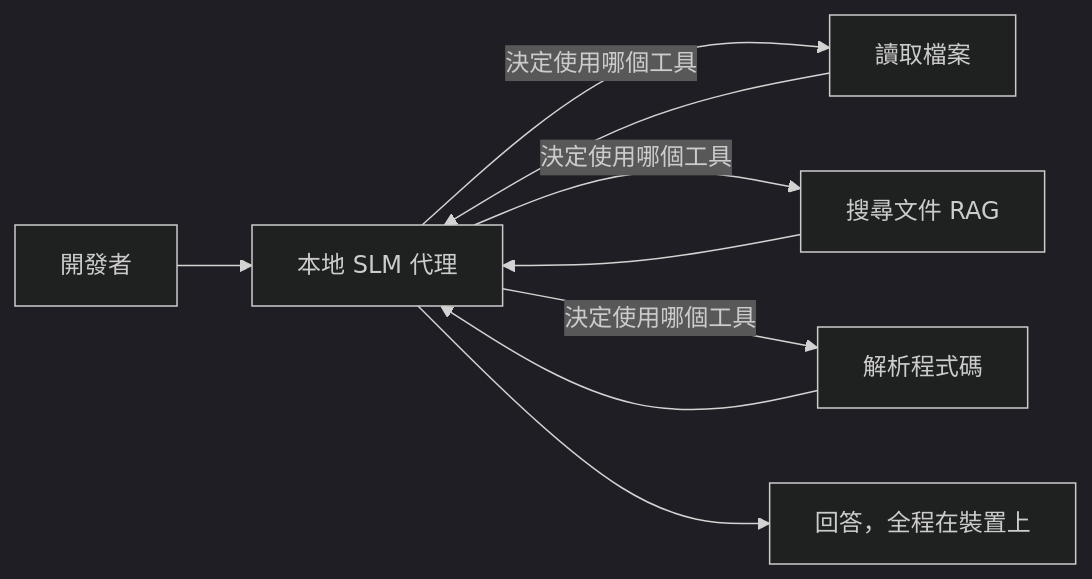
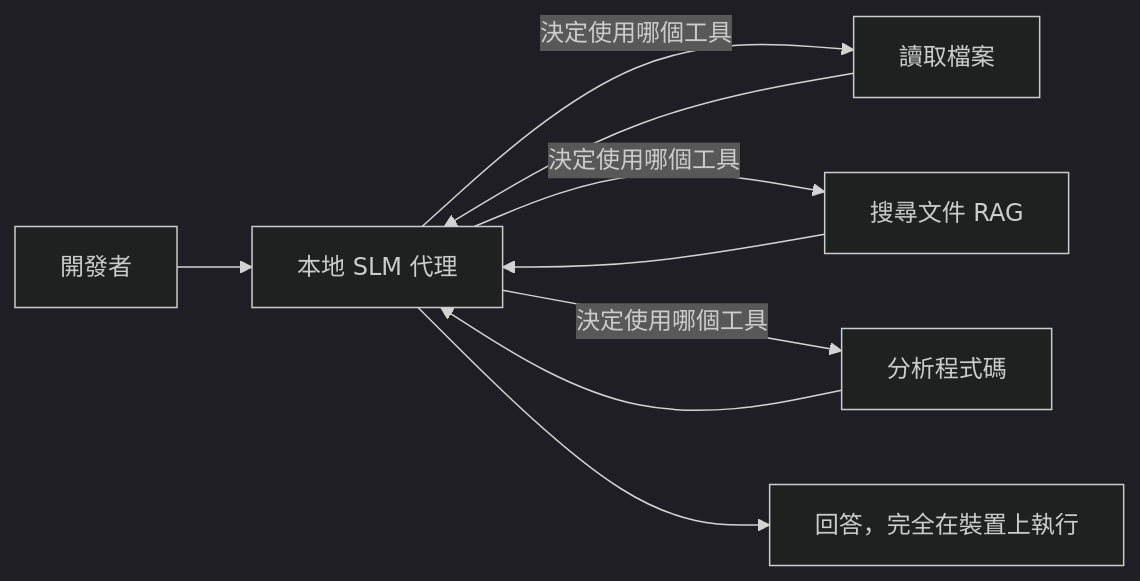
One commit to microsoft/ai-agents-for-beginners changed the first of 4 diagrams in translations/zh-TW/17-creating-local-ai-agents/README.md. Above: the diagram before and after it, drawn with Mermaid (dark theme). The commit also changed other lines of this file and 44 other files, not shown here.

````diff
--- a/translations/zh-TW/17-creating-local-ai-agents/README.md
+++ b/translations/zh-TW/17-creating-local-ai-agents/README.md
@@ -66,11 +66,11 @@
 ```mermaid
 flowchart LR
     U[開發者] --> A[本地 SLM 代理]
     A -->|決定使用哪個工具| T1[讀取檔案]
     A -->|決定使用哪個工具| T2[搜尋文件 RAG]
-    A -->|決定使用哪個工具| T3[解析程式碼]
+    A -->|決定使用哪個工具| T3[分析程式碼]
     T1 --> A
     T2 --> A
     T3 --> A
-    A --> R[回答，全程在裝置上]
+    A --> R[回答，完全在裝置上執行]
 ```
````
